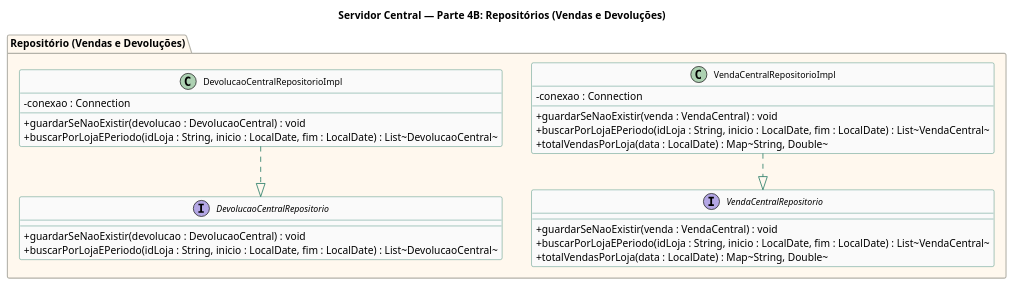
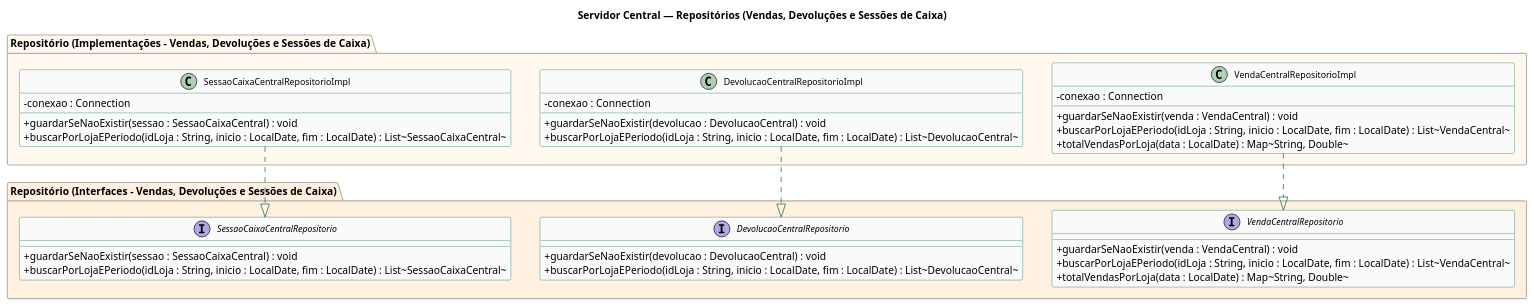
The diagram in Diagramas de Classe/software_servidor_central/repositorios/src/repositorios_vendas_devolucoes.puml (SimaoOliveira05/LI4), drawn with PlantUML before and after one commit. The commit also changed 40 other files, not shown here.

Commit message:
Updated class diagrams for server

```diff
--- a/Diagramas de Classe/software_servidor_central/repositorios/src/repositorios_vendas_devolucoes.puml
+++ b/Diagramas de Classe/software_servidor_central/repositorios/src/repositorios_vendas_devolucoes.puml
@@ -1,53 +1,64 @@
-@startuml servidor_central_parte4b_repositorios_vendas_devolucoes
+@startuml servidor_central_repositorios_vendas_devolucoes
 skinparam classAttributeIconSize 0
 skinparam classFontSize 12
 skinparam classHeaderBackgroundColor #E1F5EE
 skinparam classBorderColor #0F6E56
 skinparam classBackgroundColor #FAFAFA
 skinparam arrowColor #0F6E56
 skinparam stereotypeCBackgroundColor #EEEDFE
 skinparam stereotypeABackgroundColor #FAC775
 skinparam stereotypeIBackgroundColor #D1ECF1
 skinparam packageBackgroundColor #F8F8F8
 skinparam packageBorderColor #B4B2A9
 skinparam linetype ortho
 skinparam nodesep 40
 skinparam ranksep 50
 
-title Servidor Central — Parte 4B: Repositórios (Vendas e Devoluções)
+title Servidor Central — Repositórios (Vendas, Devoluções e Sessões de Caixa)
 
-' ╔══════════════════════════════════════╗
-' ║    REPOSITÓRIO - VENDAS E DEVOLUÇÕES ║
-' ╚══════════════════════════════════════╝
-package "Repositório (Vendas e Devoluções)" #FFF8EE {
+package "Repositório (Interfaces - Vendas, Devoluções e Sessões de Caixa)" #FFF0E0 {
 
   interface VendaCentralRepositorio {
-    + guardarSeNaoExistir(venda : VendaCentral) : void
-    + buscarPorLojaEPeriodo(idLoja : String, inicio : LocalDate, fim : LocalDate) : List~VendaCentral~
-    + totalVendasPorLoja(data : LocalDate) : Map~String, Double~
-  }
-
-  class VendaCentralRepositorioImpl {
-    - conexao : Connection
     + guardarSeNaoExistir(venda : VendaCentral) : void
     + buscarPorLojaEPeriodo(idLoja : String, inicio : LocalDate, fim : LocalDate) : List~VendaCentral~
     + totalVendasPorLoja(data : LocalDate) : Map~String, Double~
   }
 
   interface DevolucaoCentralRepositorio {
     + guardarSeNaoExistir(devolucao : DevolucaoCentral) : void
     + buscarPorLojaEPeriodo(idLoja : String, inicio : LocalDate, fim : LocalDate) : List~DevolucaoCentral~
   }
 
+  interface SessaoCaixaCentralRepositorio {
+    + guardarSeNaoExistir(sessao : SessaoCaixaCentral) : void
+    + buscarPorLojaEPeriodo(idLoja : String, inicio : LocalDate, fim : LocalDate) : List~SessaoCaixaCentral~
+  }
+}
+
+package "Repositório (Implementações - Vendas, Devoluções e Sessões de Caixa)" #FFF8EE {
+
+  class VendaCentralRepositorioImpl {
+    - conexao : Connection
+    + guardarSeNaoExistir(venda : VendaCentral) : void
+    + buscarPorLojaEPeriodo(idLoja : String, inicio : LocalDate, fim : LocalDate) : List~VendaCentral~
+    + totalVendasPorLoja(data : LocalDate) : Map~String, Double~
+  }
+
   class DevolucaoCentralRepositorioImpl {
     - conexao : Connection
     + guardarSeNaoExistir(devolucao : DevolucaoCentral) : void
     + buscarPorLojaEPeriodo(idLoja : String, inicio : LocalDate, fim : LocalDate) : List~DevolucaoCentral~
   }
+
+  class SessaoCaixaCentralRepositorioImpl {
+    - conexao : Connection
+    + guardarSeNaoExistir(sessao : SessaoCaixaCentral) : void
+    + buscarPorLojaEPeriodo(idLoja : String, inicio : LocalDate, fim : LocalDate) : List~SessaoCaixaCentral~
+  }
 }
 
-' Implementações realizam interfaces
 VendaCentralRepositorioImpl ..|> VendaCentralRepositorio
 DevolucaoCentralRepositorioImpl ..|> DevolucaoCentralRepositorio
+SessaoCaixaCentralRepositorioImpl ..|> SessaoCaixaCentralRepositorio
 
 @enduml
```
